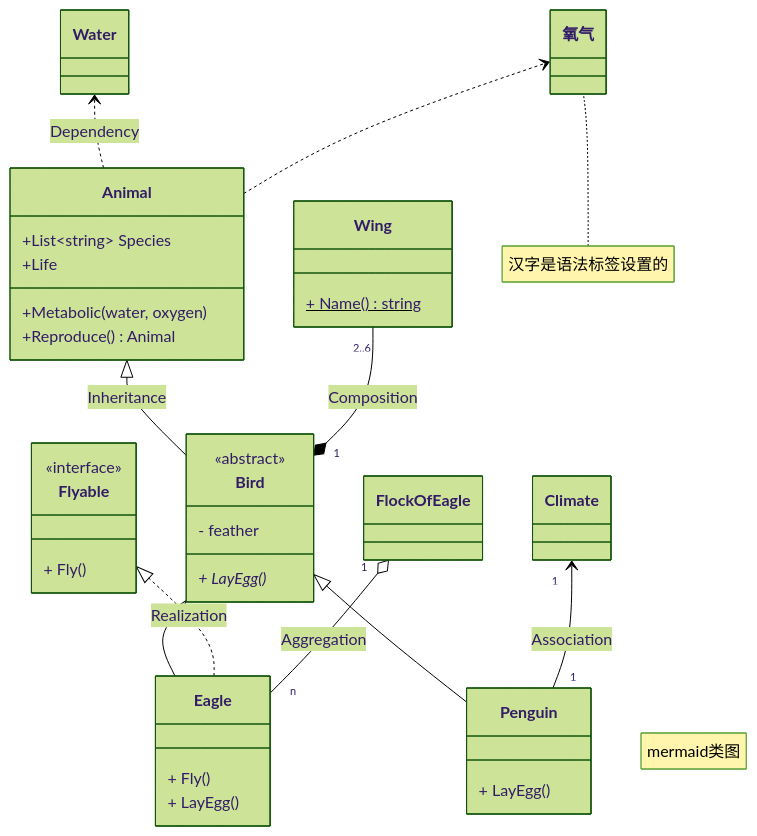
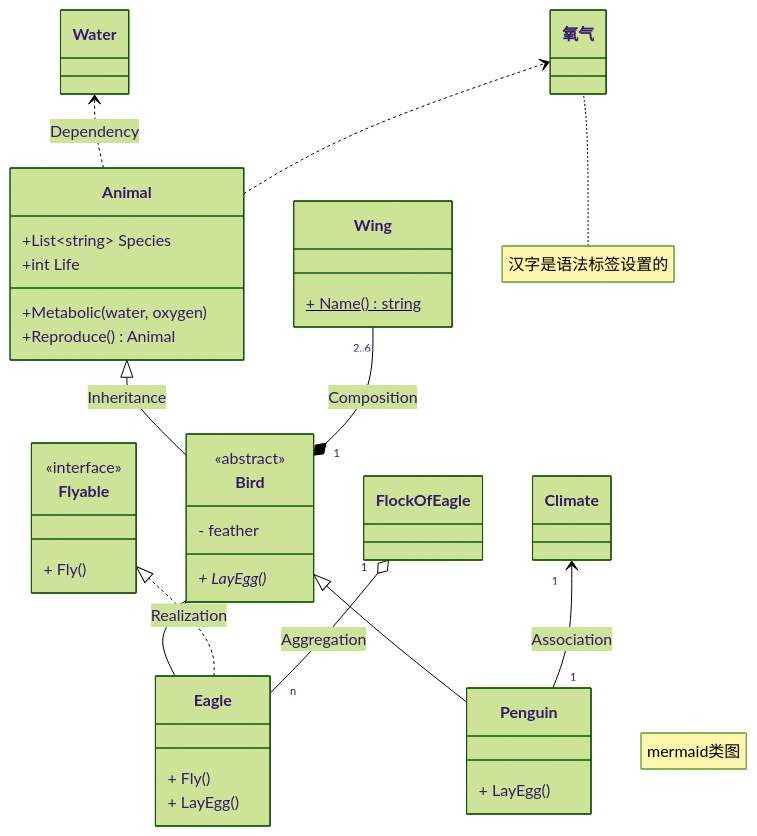
Before and after one commit to kirakuiin/note: the first of 2 diagrams in Obsidian Vault/技术文档/UML/类图.md, drawn with Mermaid (forest theme). The commit also changed 6 other files, not shown here.

````diff
--- a/Obsidian Vault/技术文档/UML/类图.md
+++ b/Obsidian Vault/技术文档/UML/类图.md
@@ -40,55 +40,55 @@
 ```mermaid
 classDiagram
 	direction BT
 	note "mermaid类图"
  
 	class Animal {
 		+List~string~ Species
-		+Life
+		+int Life
 		+Metabolic(water, oxygen)
 		+Reproduce() Animal
 	}
 
 	note for Oxygen "汉字是语法标签设置的"
 	%% ["label"] 是标签语法
 	class Oxygen["氧气"] 
 	
 	class Water
 	
 	class Bird {
 		<<abstract>>
 		- feather
 		+ LayEgg()*
 	}
 
 	class Wing {
 		+ Name() string$
 	}
 
 	class Flyable
 	<<interface>> Flyable
 	Flyable: + Fly()
 
 	class Eagle {
 		+ Fly()
 		+ LayEgg()
 	}
 
 	class Penguin {
 		+ LayEgg()
 	}
 
 	class FlockOfEagle
 
 	class Climate
 		
 	Animal ..> Water : Dependency
 	Animal ..> Oxygen
 	Bird --|> Animal : Inheritance
 	Bird "1" *-- "2..6" Wing : Composition
 	Eagle --|> Bird
 	Eagle ..|> Flyable : Realization
 	Eagle "n" --o "1" FlockOfEagle : Aggregation
 	Penguin --|> Bird
 	Penguin "1" --> "1" Climate : Association
 ```
````
